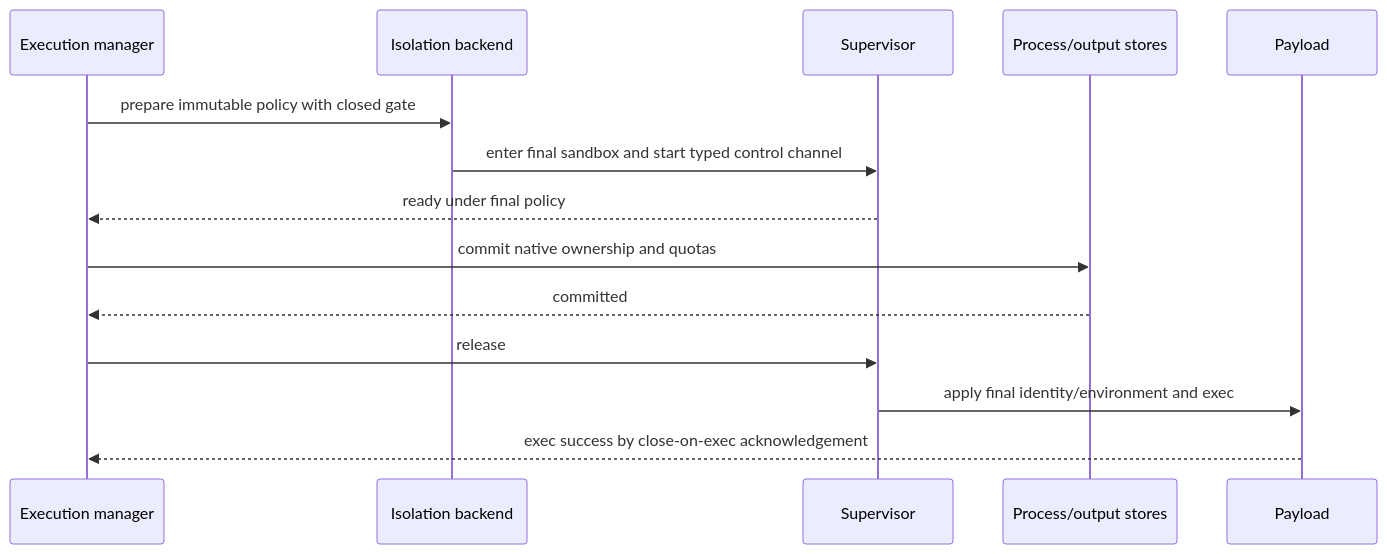
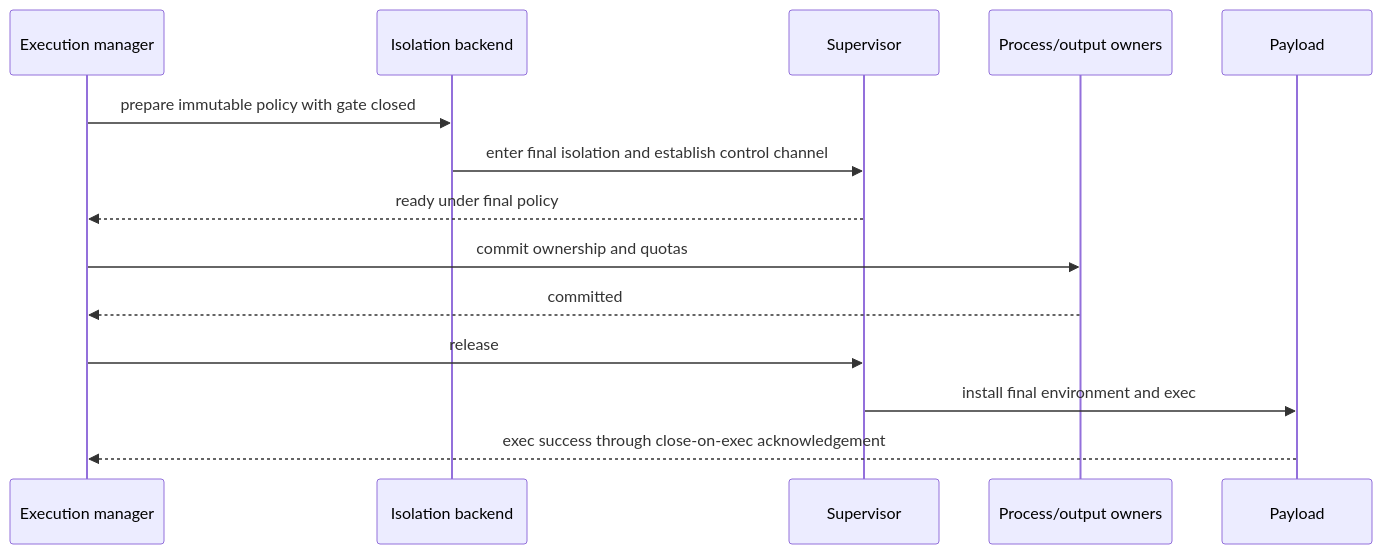
The diagram in spec/agent-envd/07-execution-isolation.md (LTThreeComma/agent-foundation), drawn with Mermaid before and after one commit. The commit also changed other lines of this file and 150 other files, not shown here.

````diff
--- a/spec/agent-envd/07-execution-isolation.md
+++ b/spec/agent-envd/07-execution-isolation.md
@@ -129,17 +124,17 @@
 ```mermaid
 sequenceDiagram
     participant Manager as Execution manager
     participant Backend as Isolation backend
     participant Supervisor
-    participant Store as Process/output stores
+    participant Store as Process/output owners
     participant Payload
 
-    Manager->>Backend: prepare immutable policy with closed gate
-    Backend->>Supervisor: enter final sandbox and start typed control channel
+    Manager->>Backend: prepare immutable policy with gate closed
+    Backend->>Supervisor: enter final isolation and establish control channel
     Supervisor-->>Manager: ready under final policy
-    Manager->>Store: commit native ownership and quotas
+    Manager->>Store: commit ownership and quotas
     Store-->>Manager: committed
     Manager->>Supervisor: release
-    Supervisor->>Payload: apply final identity/environment and exec
-    Payload-->>Manager: exec success by close-on-exec acknowledgement
+    Supervisor->>Payload: install final environment and exec
+    Payload-->>Manager: exec success through close-on-exec acknowledgement
 ```
````
